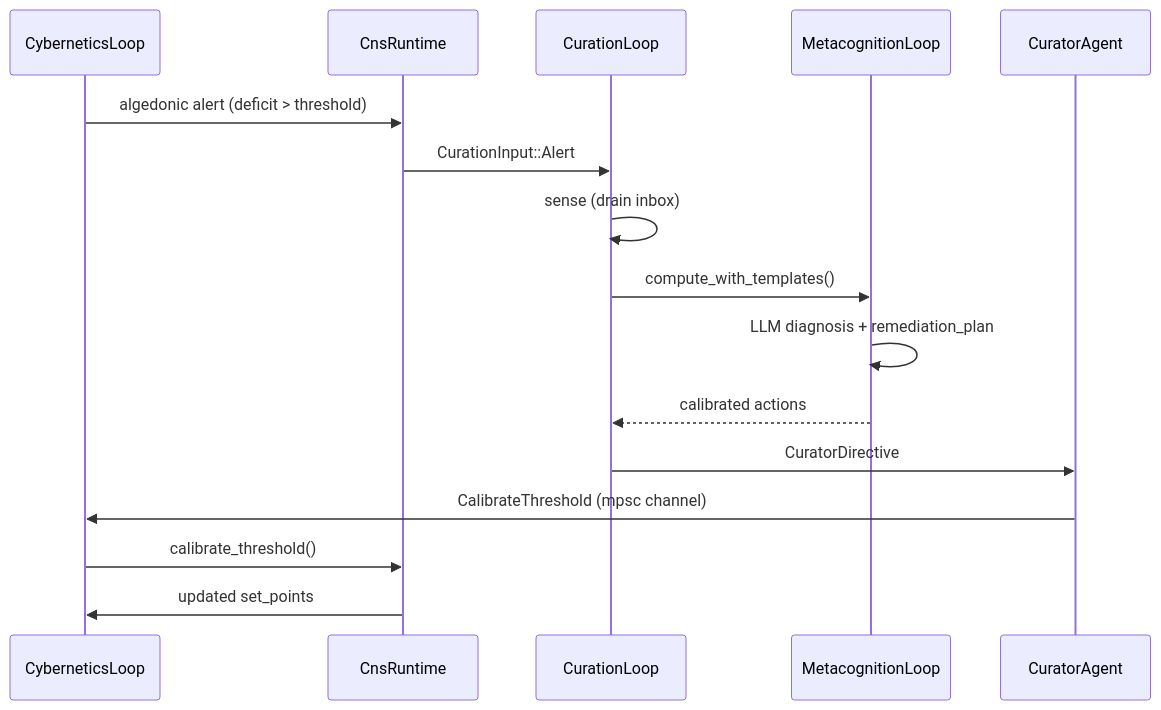
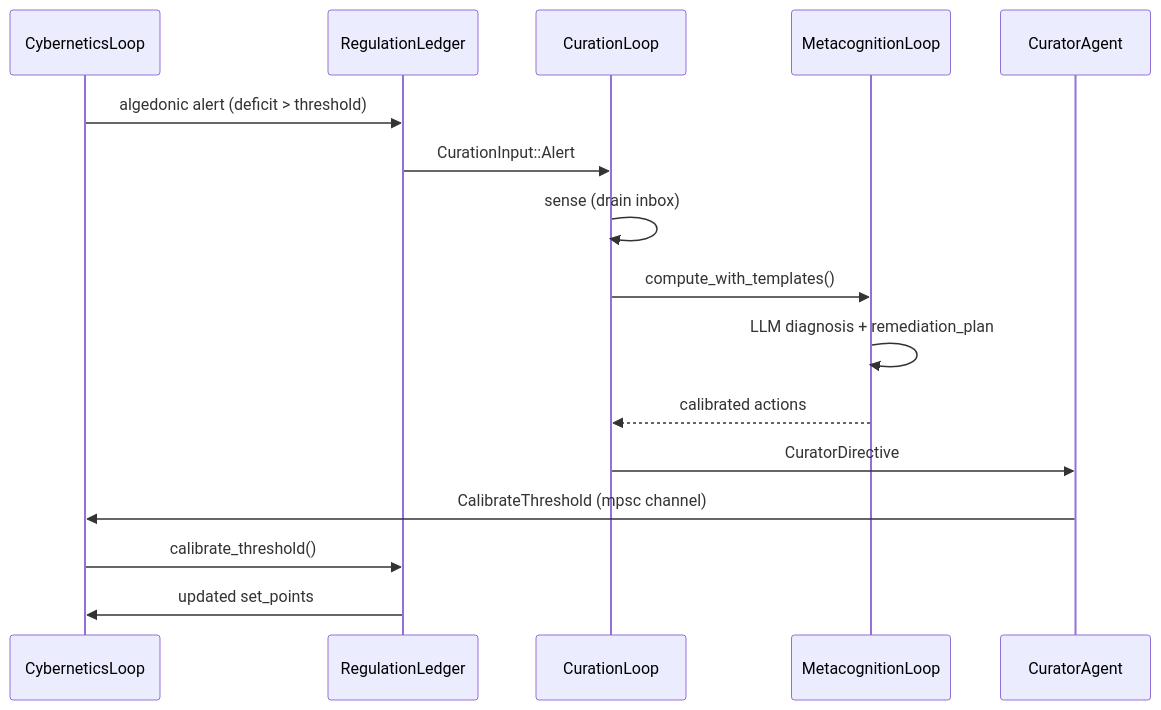
One commit to mdz-axo/hKask changed the third of 6 diagrams in docs/architecture/core/toyota-kata-cybernetic-mapping.md. Above: the diagram before and after it, drawn with Mermaid. The commit also changed other lines of this file and 35 other files, not shown here.

First line of the commit message:
document update - name change cns to regulationRename CNS types to regulation terminology in docs

````diff
--- a/docs/architecture/core/toyota-kata-cybernetic-mapping.md
+++ b/docs/architecture/core/toyota-kata-cybernetic-mapping.md
@@ -308,19 +308,19 @@
 ```mermaid
 sequenceDiagram
     participant CL as CyberneticsLoop
-    participant CR as CnsRuntime
+    participant CR as RegulationLedger
     participant CUL as CurationLoop
     participant ML as MetacognitionLoop
     participant CA as CuratorAgent
 
     CL->>CR: algedonic alert (deficit > threshold)
     CR->>CUL: CurationInput::Alert
     CUL->>CUL: sense (drain inbox)
     CUL->>ML: compute_with_templates()
     ML->>ML: LLM diagnosis + remediation_plan
     ML-->>CUL: calibrated actions
     CUL->>CA: CuratorDirective
     CA->>CL: CalibrateThreshold (mpsc channel)
     CL->>CR: calibrate_threshold()
     CR->>CL: updated set_points
 ```
````
